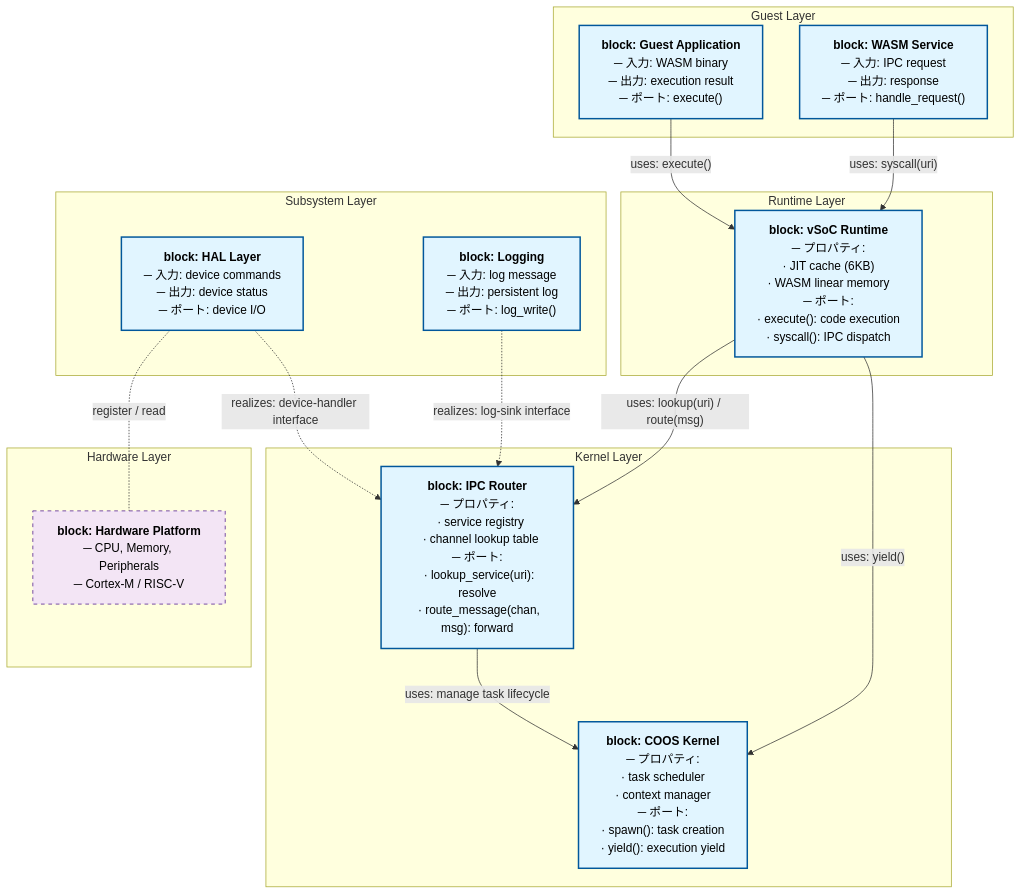
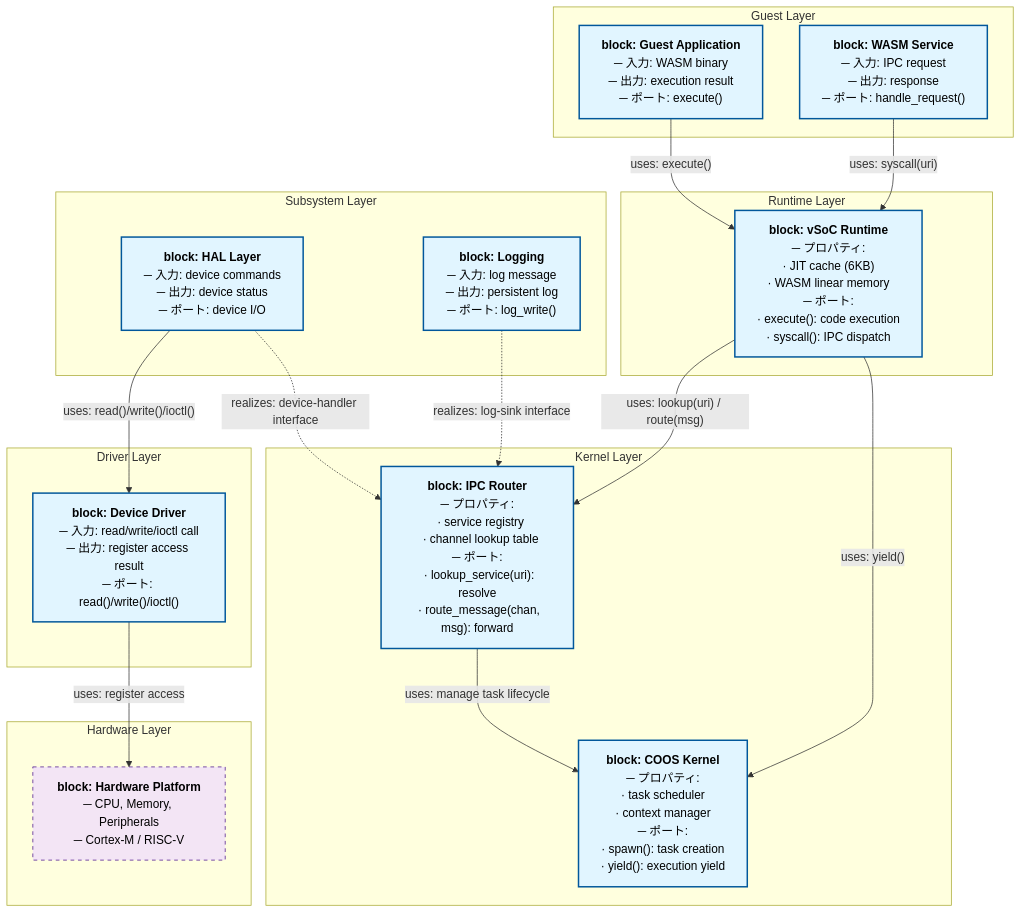
The first of 4 diagrams in docs/architecture/architecture_overview.md (kmt-t/fireball), drawn with Mermaid before and after one commit. The commit also changed other lines of this file and 18 other files, not shown here.

Commit message:
docs: harmonize component diagrams, state transitions, and symlinks across specifications

````diff
--- a/docs/architecture/architecture_overview.md
+++ b/docs/architecture/architecture_overview.md
@@ -33,42 +33,47 @@
 ```mermaid
 graph TD
     classDef blockStyle fill:#e1f5ff,stroke:#01579b,stroke-width:2px,color:#000;
     classDef hwStyle fill:#f3e5f5,stroke:#4a148c,stroke-width:1px,stroke-dasharray: 5 5,color:#000;
 
     subgraph Guest["Guest Layer"]
         App["<b>block: Guest Application</b><br/>─ 入力: WASM binary<br/>─ 出力: execution result<br/>─ ポート: execute()"]:::blockStyle
         Svc["<b>block: WASM Service</b><br/>─ 入力: IPC request<br/>─ 出力: response<br/>─ ポート: handle_request()"]:::blockStyle
     end
 
     subgraph Runtime["Runtime Layer"]
         vSoC["<b>block: vSoC Runtime</b><br/>─ プロパティ:<br/>  · JIT cache (6KB)<br/>  · WASM linear memory<br/>─ ポート:<br/>  · execute(): code execution<br/>  · syscall(): IPC dispatch"]:::blockStyle
     end
 
     subgraph Kernel["Kernel Layer"]
         COOS["<b>block: COOS Kernel</b><br/>─ プロパティ:<br/>  · task scheduler<br/>  · context manager<br/>─ ポート:<br/>  · spawn(): task creation<br/>  · yield(): execution yield"]:::blockStyle
         IPCR["<b>block: IPC Router</b><br/>─ プロパティ:<br/>  · service registry<br/>  · channel lookup table<br/>─ ポート:<br/>  · lookup_service(uri): resolve<br/>  · route_message(chan, msg): forward"]:::blockStyle
     end
 
     subgraph Subsystem["Subsystem Layer"]
         HAL["<b>block: HAL Layer</b><br/>─ 入力: device commands<br/>─ 出力: device status<br/>─ ポート: device I/O"]:::blockStyle
         Log["<b>block: Logging</b><br/>─ 入力: log message<br/>─ 出力: persistent log<br/>─ ポート: log_write()"]:::blockStyle
     end
 
+    subgraph Driver["Driver Layer"]
+        Drv["<b>block: Device Driver</b><br/>─ 入力: read/write/ioctl call<br/>─ 出力: register access result<br/>─ ポート: read()/write()/ioctl()"]:::blockStyle
+    end
+
     subgraph Hardware["Hardware Layer"]
         HW["<b>block: Hardware Platform</b><br/>─ CPU, Memory, Peripherals<br/>─ Cortex-M / RISC-V"]:::hwStyle
     end
 
     %% 実線 = 直接依存 (uses)
     %% 破線 = インターフェース実装 (realizes)
     App -->|"uses: execute()"| vSoC
     Svc -->|"uses: syscall(uri)"| vSoC
 
     vSoC -->|"uses: yield()"| COOS
     vSoC -->|"uses: lookup(uri) / route(msg)"| IPCR
 
     IPCR -->|"uses: manage task lifecycle"| COOS
     HAL -.->|"realizes: device-handler interface"| IPCR
     Log -.->|"realizes: log-sink interface"| IPCR
 
-    HAL -.-|"register / read"| HW
+    HAL -->|"uses: read()/write()/ioctl()"| Drv
+    Drv -->|"uses: register access"| HW
 ```
````
